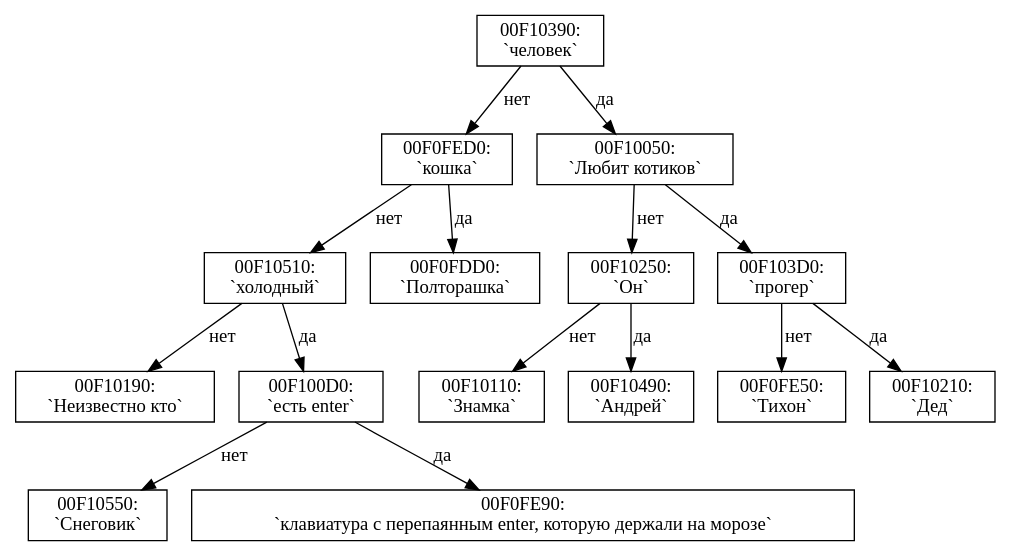
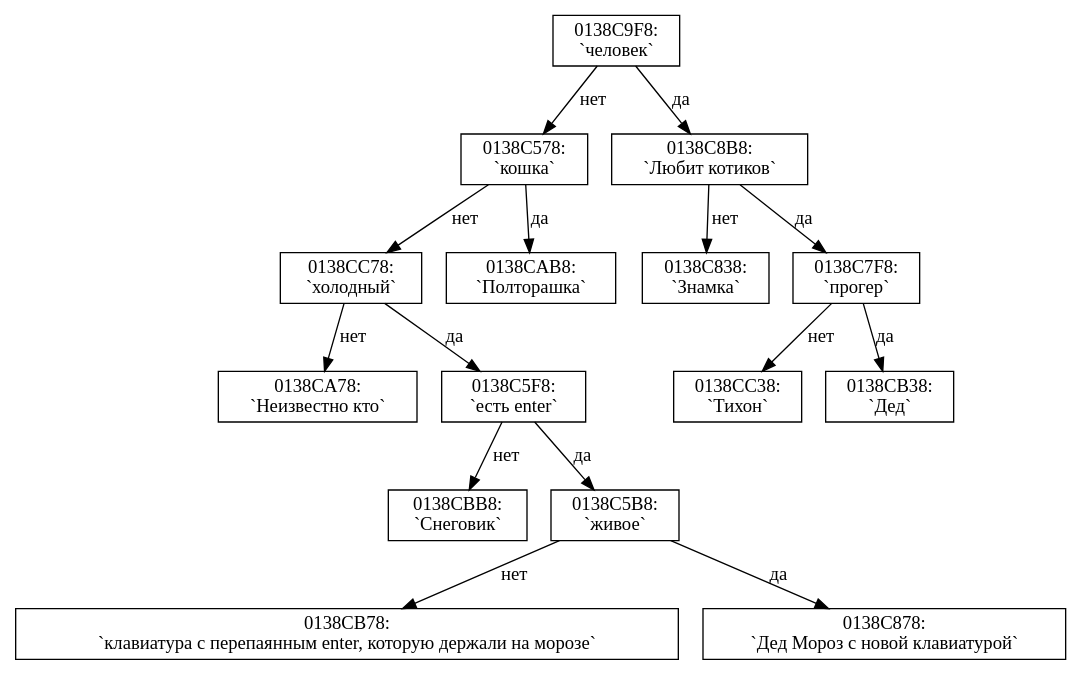
The diagram in Graph/outUTF.dot (AndreyVV-100/Akinator), drawn with Graphviz before and after one commit. The commit also changed 6 other files, not shown here.

```diff
--- a/Graph/outUTF.dot
+++ b/Graph/outUTF.dot
@@ -1,19 +1,19 @@
 digraph G{
 rankdir = HR;
  node[shape=box];
-"00F10390:\n `человек`";
-"00F10390:\n `человек`" -> "00F0FED0:\n `кошка`" [label = "нет"]
-;"00F0FED0:\n `кошка`" -> "00F10510:\n `холодный`" [label = "нет"]
-;"00F10510:\n `холодный`" -> "00F10190:\n `Неизвестно кто`" [label = "нет"]
-;"00F10510:\n `холодный`" -> "00F100D0:\n `есть enter`" [label = "да"]
-;"00F100D0:\n `есть enter`" -> "00F10550:\n `Снеговик`" [label = "нет"]
-;"00F100D0:\n `есть enter`" -> "00F0FE90:\n `клавиатура с перепаянным enter, которую держали на морозе`" [label = "да"]
-;"00F0FED0:\n `кошка`" -> "00F0FDD0:\n `Полторашка`" [label = "да"]
-;"00F10390:\n `человек`" -> "00F10050:\n `Любит котиков`" [label = "да"]
-;"00F10050:\n `Любит котиков`" -> "00F10250:\n `Он`" [label = "нет"]
-;"00F10250:\n `Он`" -> "00F10110:\n `Знамка`" [label = "нет"]
-;"00F10250:\n `Он`" -> "00F10490:\n `Андрей`" [label = "да"]
-;"00F10050:\n `Любит котиков`" -> "00F103D0:\n `прогер`" [label = "да"]
-;"00F103D0:\n `прогер`" -> "00F0FE50:\n `Тихон`" [label = "нет"]
-;"00F103D0:\n `прогер`" -> "00F10210:\n `Дед`" [label = "да"]
+"0138C9F8:\n `человек`";
+"0138C9F8:\n `человек`" -> "0138C578:\n `кошка`" [label = "нет"]
+;"0138C578:\n `кошка`" -> "0138CC78:\n `холодный`" [label = "нет"]
+;"0138CC78:\n `холодный`" -> "0138CA78:\n `Неизвестно кто`" [label = "нет"]
+;"0138CC78:\n `холодный`" -> "0138C5F8:\n `есть enter`" [label = "да"]
+;"0138C5F8:\n `есть enter`" -> "0138CBB8:\n `Снеговик`" [label = "нет"]
+;"0138C5F8:\n `есть enter`" -> "0138C5B8:\n `живое`" [label = "да"]
+;"0138C5B8:\n `живое`" -> "0138CB78:\n `клавиатура с перепаянным enter, которую держали на морозе`" [label = "нет"]
+;"0138C5B8:\n `живое`" -> "0138C878:\n `Дед Мороз с новой клавиатурой`" [label = "да"]
+;"0138C578:\n `кошка`" -> "0138CAB8:\n `Полторашка`" [label = "да"]
+;"0138C9F8:\n `человек`" -> "0138C8B8:\n `Любит котиков`" [label = "да"]
+;"0138C8B8:\n `Любит котиков`" -> "0138C838:\n `Знамка`" [label = "нет"]
+;"0138C8B8:\n `Любит котиков`" -> "0138C7F8:\n `прогер`" [label = "да"]
+;"0138C7F8:\n `прогер`" -> "0138CC38:\n `Тихон`" [label = "нет"]
+;"0138C7F8:\n `прогер`" -> "0138CB38:\n `Дед`" [label = "да"]
 ;}
```
